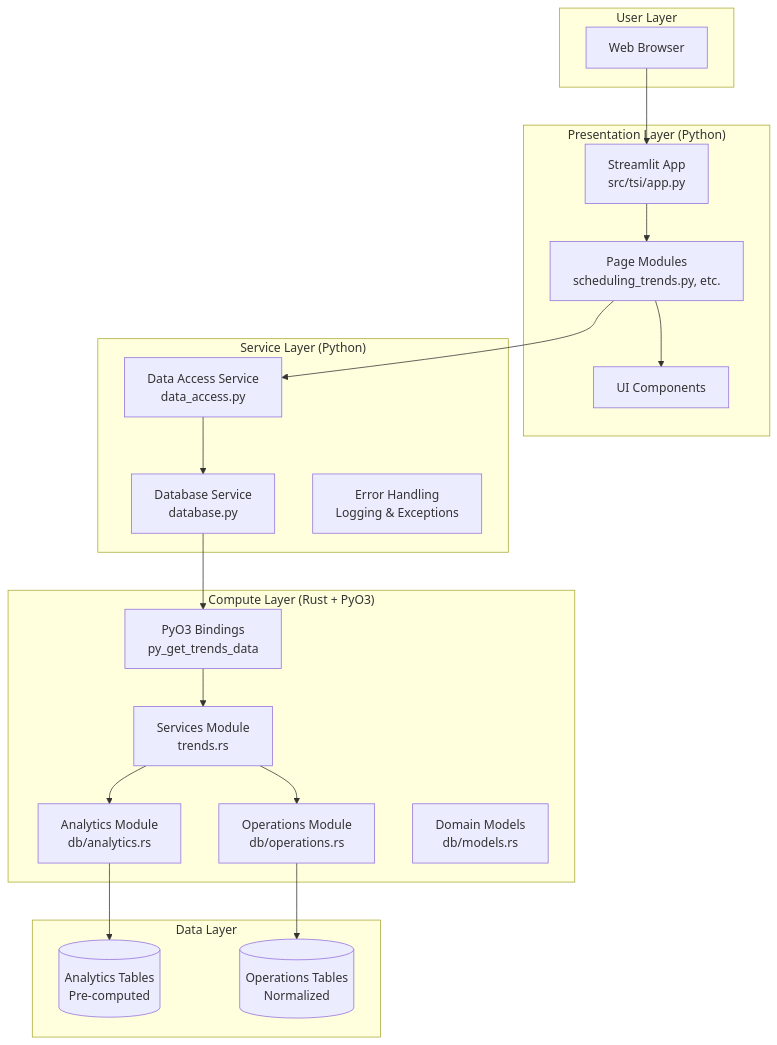
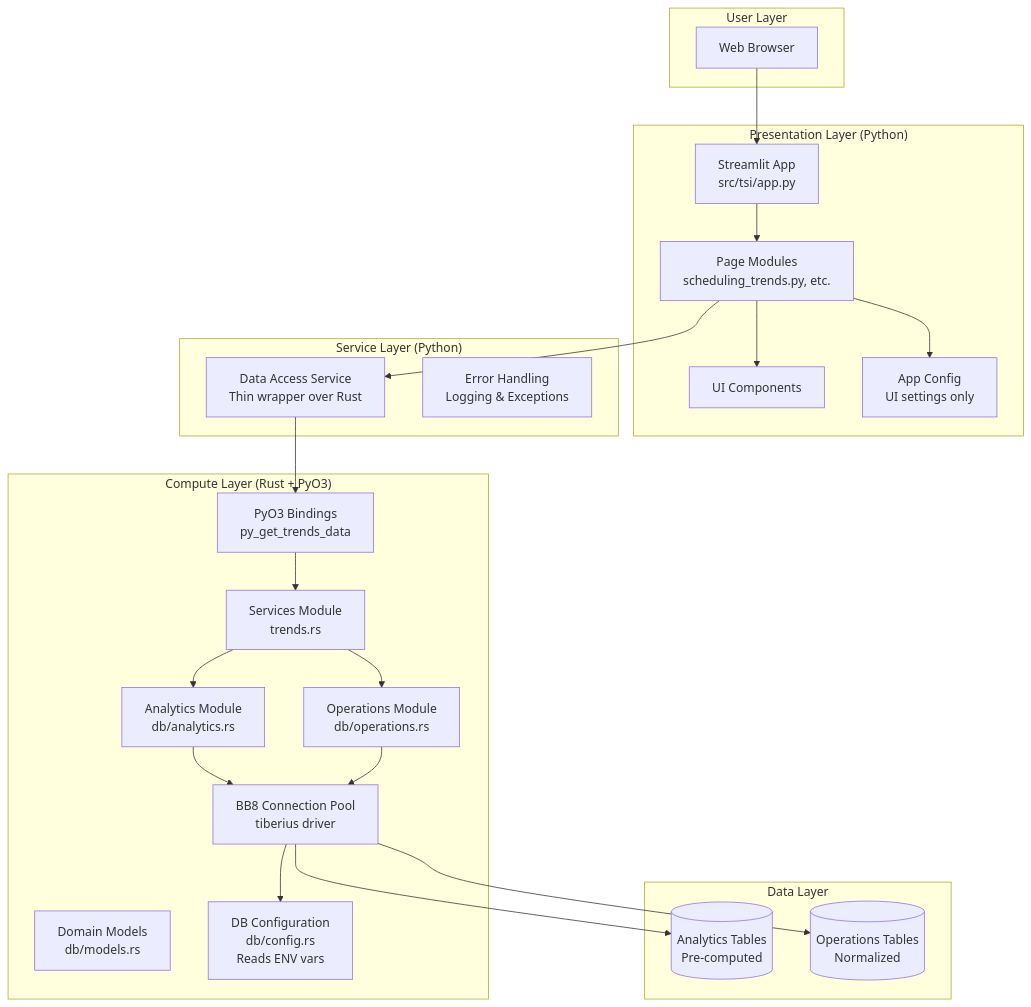
The second of 2 diagrams in docs/ARCHITECTURE.md (VPRamon/TSI), drawn with Mermaid before and after one commit. The commit also changed other lines of this file and 9 other files, not shown here.

Commit message:
refactor: Revise architecture documentation, enhance error handling, and update database configuration management

````diff
--- a/docs/ARCHITECTURE.md
+++ b/docs/ARCHITECTURE.md
@@ -70,43 +90,48 @@
 ```mermaid
 graph TB
     subgraph "User Layer"
         Browser[Web Browser]
     end
     
     subgraph "Presentation Layer (Python)"
         Streamlit[Streamlit App<br/>src/tsi/app.py]
         Pages[Page Modules<br/>scheduling_trends.py, etc.]
         Components[UI Components]
+        Config[App Config<br/>UI settings only]
     end
     
     subgraph "Service Layer (Python)"
-        DataAccess[Data Access Service<br/>data_access.py]
-        Database[Database Service<br/>database.py]
+        DataAccess[Data Access Service<br/>Thin wrapper over Rust]
         ErrorHandling[Error Handling<br/>Logging & Exceptions]
     end
     
     subgraph "Compute Layer (Rust + PyO3)"
         PyO3[PyO3 Bindings<br/>py_get_trends_data]
         Services[Services Module<br/>trends.rs]
         Analytics[Analytics Module<br/>db/analytics.rs]
         Operations[Operations Module<br/>db/operations.rs]
         Models[Domain Models<br/>db/models.rs]
+        DbConfig[DB Configuration<br/>db/config.rs<br/>Reads ENV vars]
+        ConnPool[BB8 Connection Pool<br/>tiberius driver]
     end
     
     subgraph "Data Layer"
         AnalyticsDB[(Analytics Tables<br/>Pre-computed)]
         OperationsDB[(Operations Tables<br/>Normalized)]
     end
     
     Browser --> Streamlit
     Streamlit --> Pages
     Pages --> Components
+    Pages --> Config
     Pages --> DataAccess
-    DataAccess --> Database
-    Database --> PyO3
+    DataAccess --> PyO3
     PyO3 --> Services
     Services --> Analytics
     Services --> Operations
-    Analytics --> AnalyticsDB
-    Operations --> OperationsDB
+    Analytics --> ConnPool
+    Operations --> ConnPool
+    ConnPool --> DbConfig
+    ConnPool --> AnalyticsDB
+    ConnPool --> OperationsDB
 ```
````
